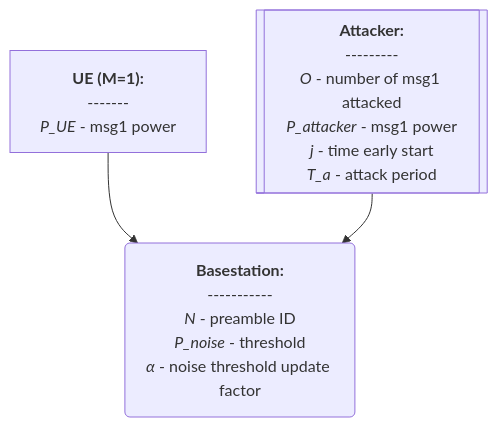
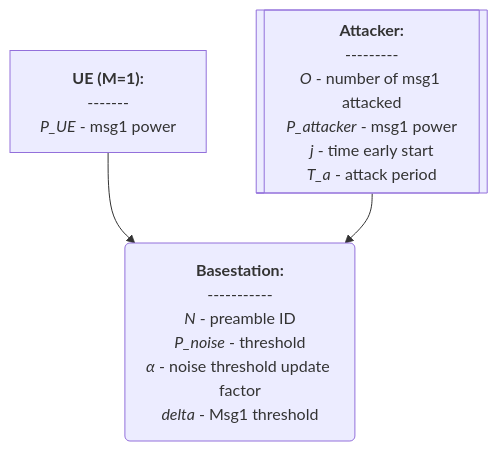
Before and after one commit to bmw-ece-ntust/wilfrid-prach-attack-analysis: the second of 7 diagrams in docs/20250310 Thesis (Basic Msg1 Model).md, drawn with Mermaid. The commit also changed other lines of this file, not shown here.

Commit message:
Update 20250310 Thesis (Basic Msg1 Model).md

````diff
--- a/docs/20250310 Thesis (Basic Msg1 Model).md
+++ b/docs/20250310 Thesis (Basic Msg1 Model).md
@@ -63,19 +63,20 @@
 ```mermaid
 flowchart TD
     A("`**Basestation:**
     -----------
     *N* - preamble ID
     *P_noise* - threshold
-    *α* - noise threshold update factor`")
+    *α* - noise threshold update factor
+    *delta* - Msg1 threshold`")
     B["`**UE (M=1):**
     -------
     *P_UE* - msg1 power`"]
     C[["`**Attacker:**
     ---------
     *O* - number of msg1 attacked
     *P_attacker* - msg1 power
     *j* - time early start
     *T_a* - attack period`"]]
     B-->A
     C-->A
 ```
````
